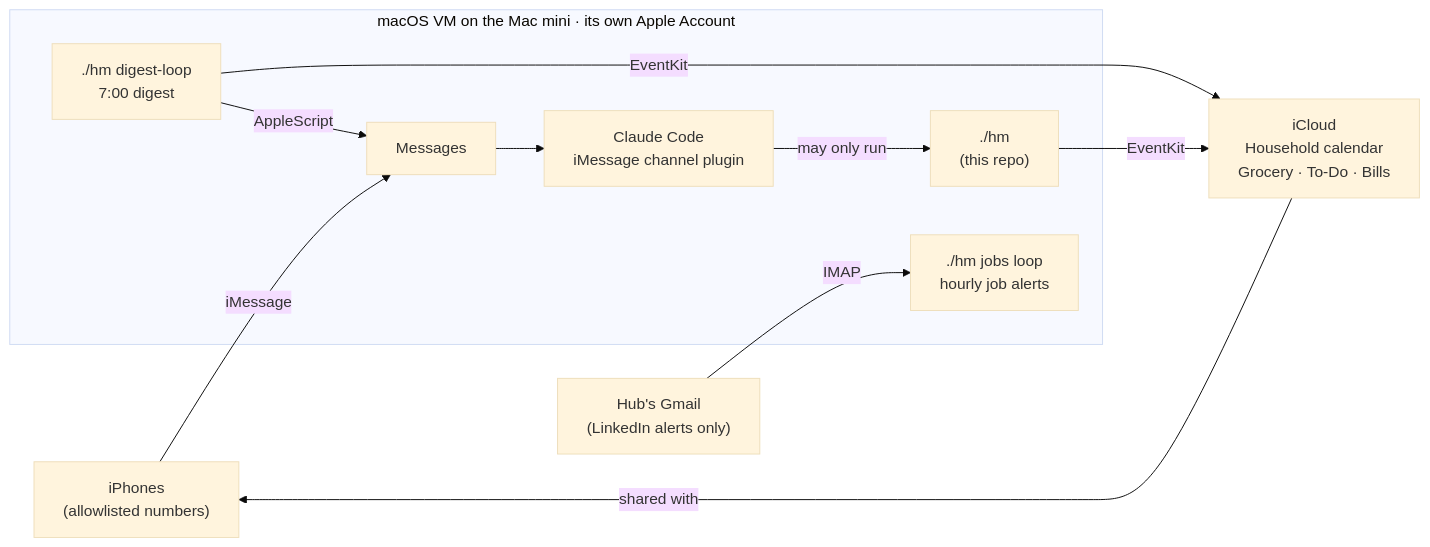
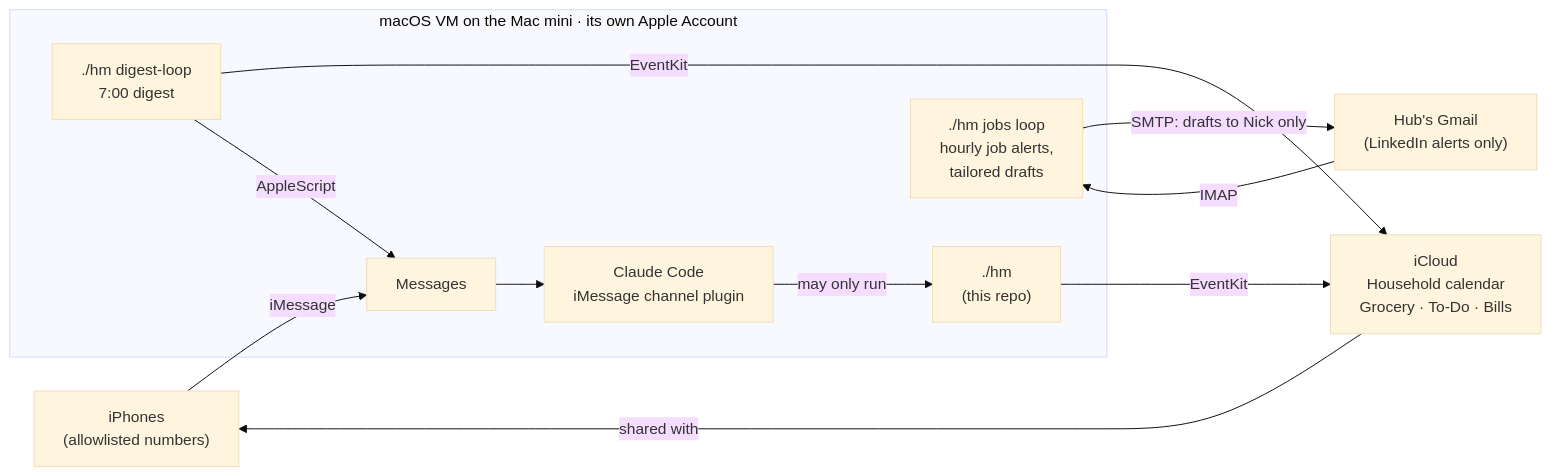
Before and after one commit to Billy13ean/family-hub: the diagram in README.md, drawn with Mermaid (base theme). The commit also changed other lines of this file and 11 other files, not shown here.

````diff
--- a/README.md
+++ b/README.md
@@ -42,15 +42,16 @@
 ```mermaid
 flowchart LR
     phones["iPhones<br/>(allowlisted numbers)"] -- iMessage --> msgs
     subgraph vm["macOS VM on the Mac mini · its own Apple Account"]
         msgs["Messages"] --> plugin["Claude Code<br/>iMessage channel plugin"]
         plugin -- "may only run" --> hm["./hm<br/>(this repo)"]
         loop["./hm digest-loop<br/>7:00 digest"]
-        jobsloop["./hm jobs loop<br/>hourly job alerts"]
+        jobsloop["./hm jobs loop<br/>hourly job alerts,<br/>tailored drafts"]
     end
     gmail["Hub's Gmail<br/>(LinkedIn alerts only)"] -- IMAP --> jobsloop
+    jobsloop -- "SMTP: drafts to Nick only" --> gmail
     hm -- EventKit --> icloud["iCloud<br/>Household calendar<br/>Grocery · To-Do · Bills"]
     loop -- EventKit --> icloud
     loop -- AppleScript --> msgs
     icloud -- shared with --> phones
 ```
````
